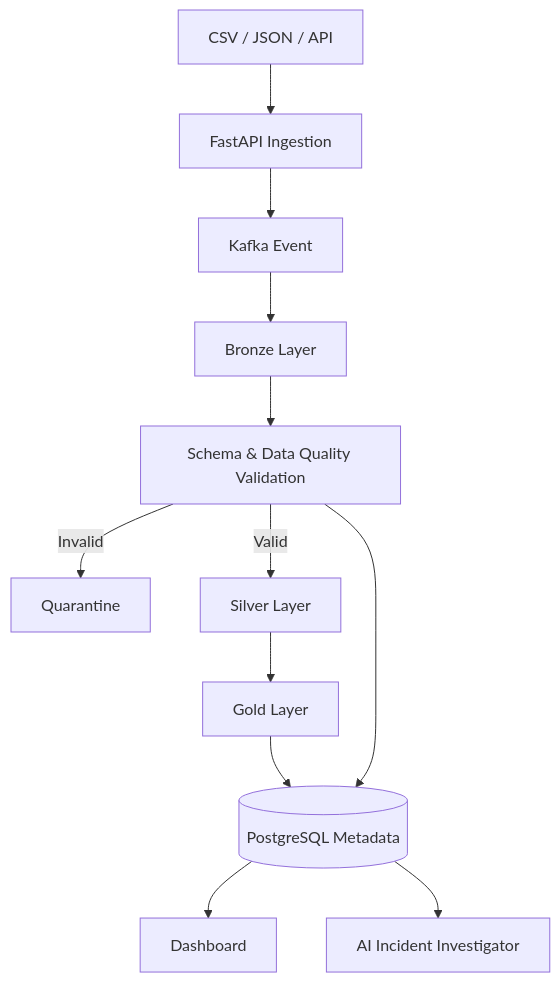
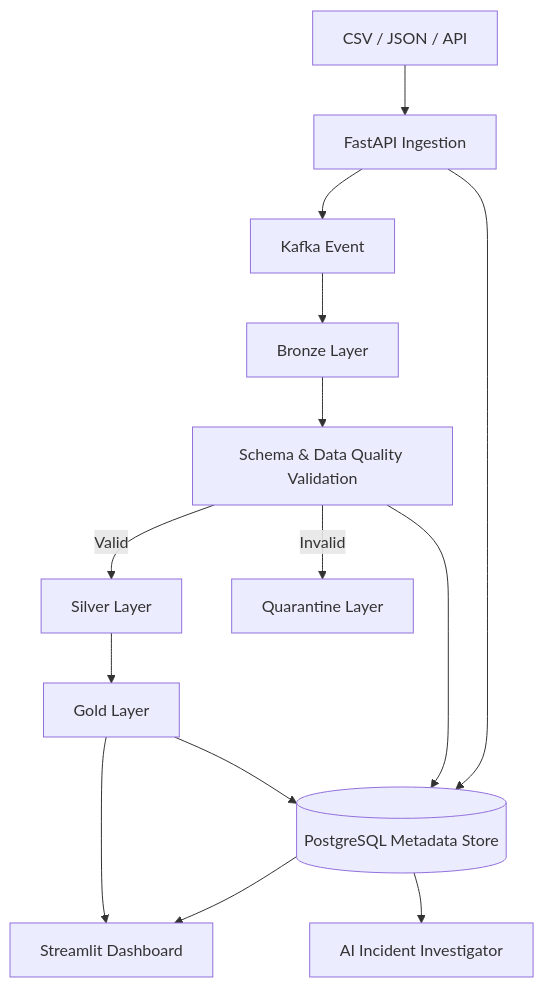
The diagram in docs/architecture/data-flow.md (atefehfahimirad28-droid/dataops-nexus), drawn with Mermaid before and after one commit.

Commit message:
Update data flow diagram in architecture documentation

````diff
--- a/docs/architecture/data-flow.md
+++ b/docs/architecture/data-flow.md
@@ -9,31 +9,37 @@
 ```mermaid
+
 flowchart TD
     Source[CSV / JSON / API]
     API[FastAPI Ingestion]
     Event[Kafka Event]
+
     Bronze[Bronze Layer]
     Validation[Schema & Data Quality Validation]
-    Quarantine[Quarantine]
+    Quarantine[Quarantine Layer]
     Silver[Silver Layer]
     Gold[Gold Layer]
-    Metadata[(PostgreSQL Metadata)]
-    Dashboard[Dashboard]
+
+    Metadata[(PostgreSQL Metadata Store)]
+    Dashboard[Streamlit Dashboard]
     AI[AI Incident Investigator]
 
     Source --> API
     API --> Event
+    API --> Metadata
+
     Event --> Bronze
-
     Bronze --> Validation
 
     Validation -->|Valid| Silver
     Validation -->|Invalid| Quarantine
+    Validation --> Metadata
 
     Silver --> Gold
 
+    Gold --> Dashboard
     Gold --> Metadata
-    Validation --> Metadata
 
     Metadata --> Dashboard
     Metadata --> AI
+
 ```
````
